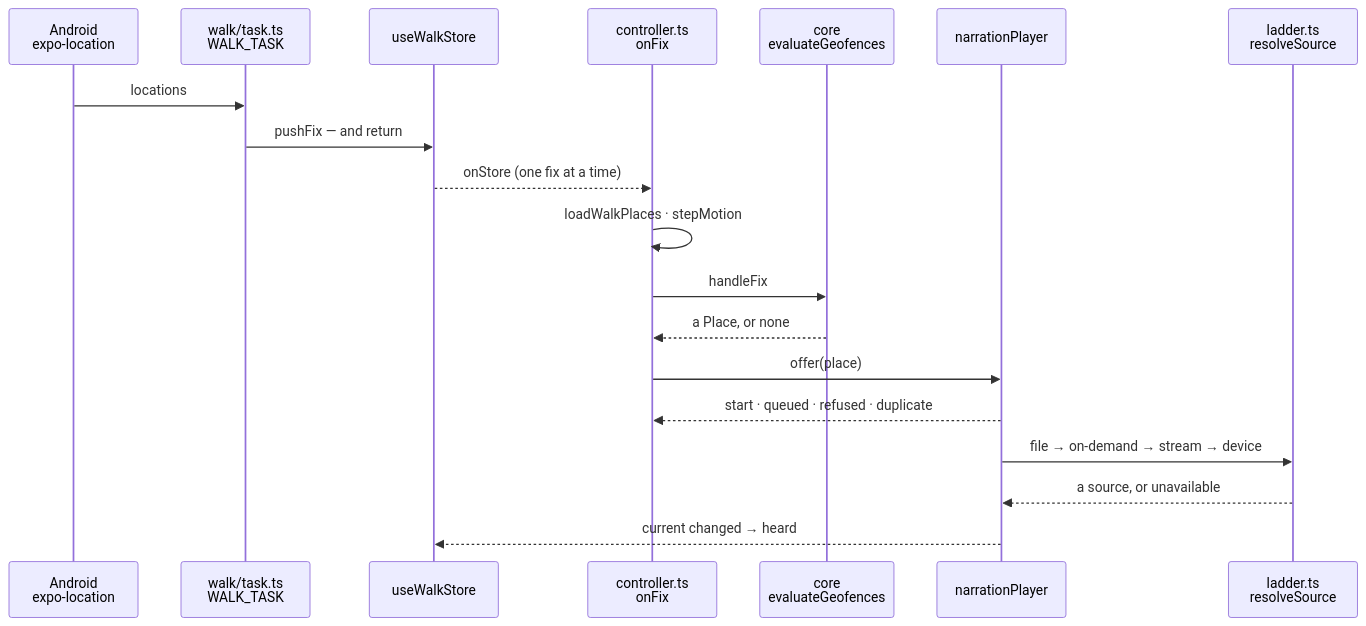
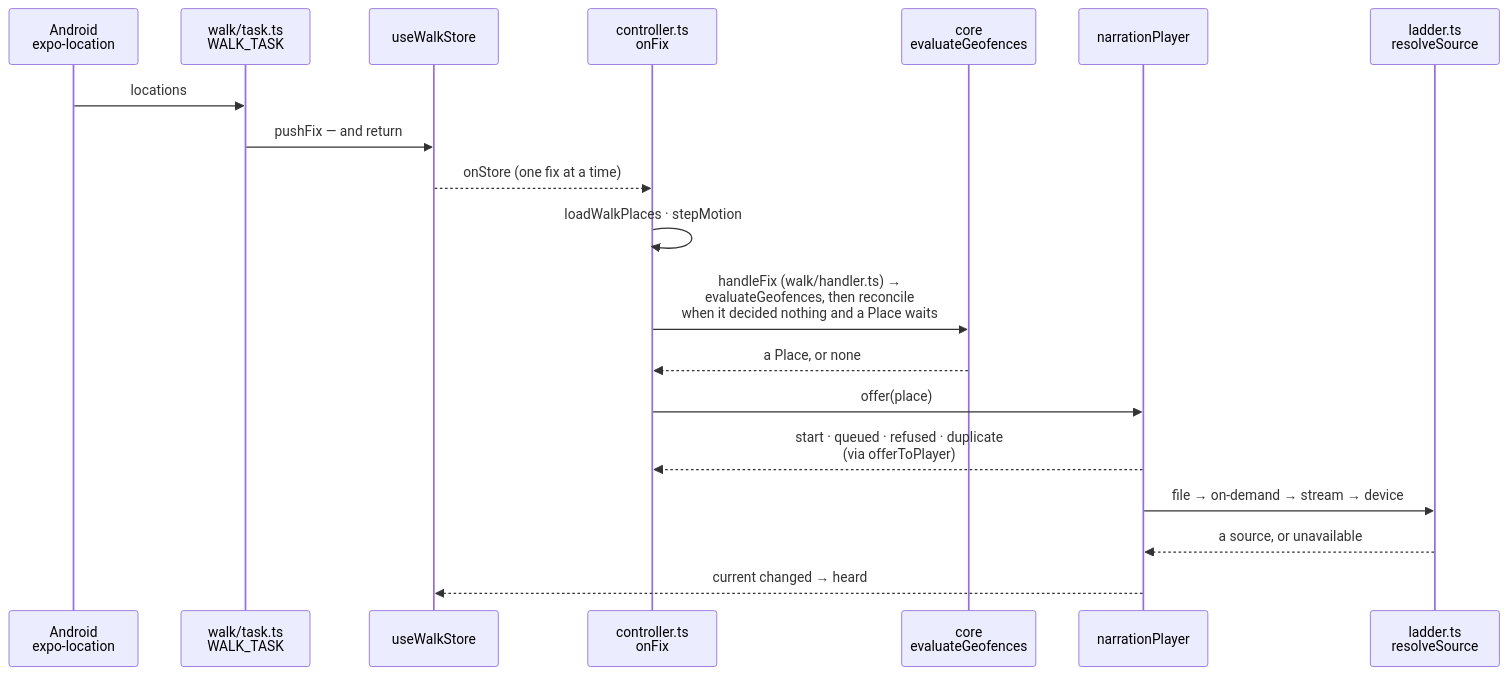
One commit to dungtq2k5/wayfare changed the first of 3 diagrams in docs/reference/flows/the-walk.md. Above: the diagram before and after it, drawn with Mermaid. The commit also changed other lines of this file and 11 other files, not shown here.

````diff
--- a/docs/reference/flows/the-walk.md
+++ b/docs/reference/flows/the-walk.md
@@ -11,22 +11,22 @@
 ```mermaid
 sequenceDiagram
   participant OS as Android<br/>expo-location
   participant T as walk/task.ts<br/>WALK_TASK
   participant S as useWalkStore
   participant C as controller.ts<br/>onFix
   participant E as core<br/>evaluateGeofences
   participant P as narrationPlayer
   participant L as ladder.ts<br/>resolveSource
 
   OS->>T: locations
   T->>S: pushFix — and return
   S-->>C: onStore (one fix at a time)
   C->>C: loadWalkPlaces · stepMotion
-  C->>E: handleFix
+  C->>E: handleFix (walk/handler.ts) →<br/>evaluateGeofences, then reconcile<br/>when it decided nothing and a Place waits
   E-->>C: a Place, or none
   C->>P: offer(place)
-  P-->>C: start · queued · refused · duplicate
+  P-->>C: start · queued · refused · duplicate<br/>(via offerToPlayer)
   P->>L: file → on-demand → stream → device
   L-->>P: a source, or unavailable
   P-->>S: current changed → heard
 ```
````
